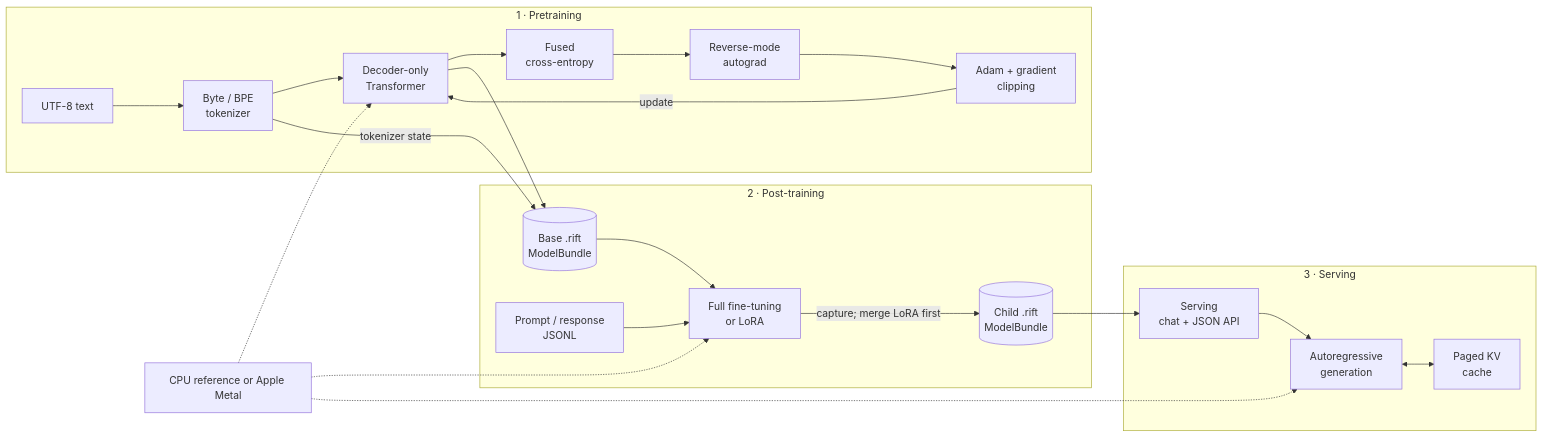
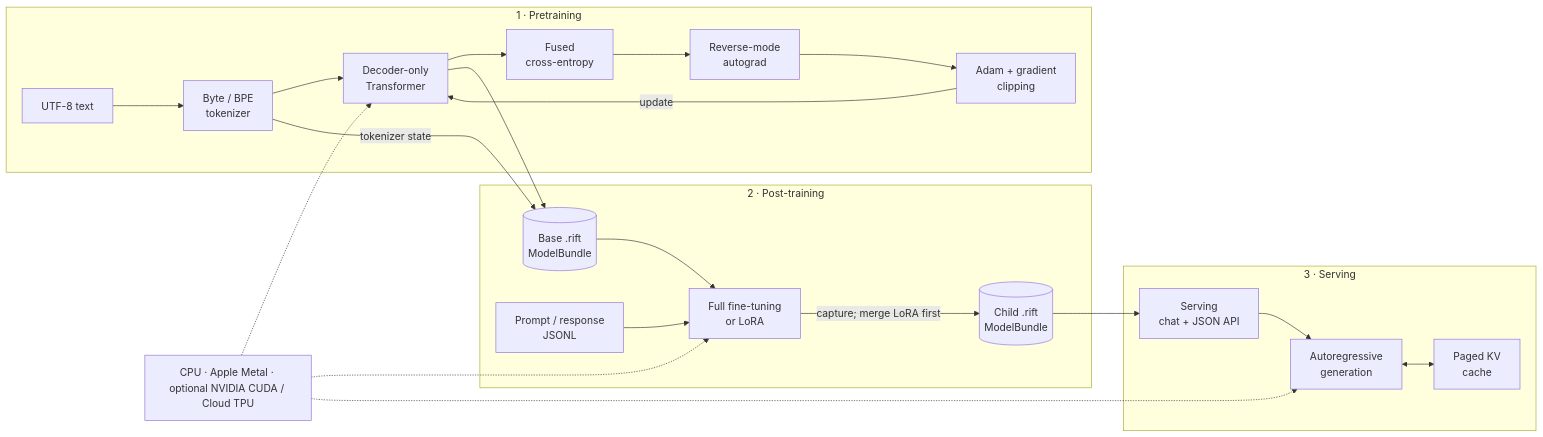
One commit to quangng2000/riftco-transformer changed the first of 2 diagrams in README.md. Above: the diagram before and after it, drawn with Mermaid. The commit also changed other lines of this file and 174 other files, not shown here.

````diff
--- a/README.md
+++ b/README.md
@@ -21,30 +43,30 @@
 ```mermaid
 flowchart LR
     subgraph P["1 · Pretraining"]
         Text["UTF-8 text"] --> Tokens["Byte / BPE<br/>tokenizer"]
         Tokens --> Model["Decoder-only<br/>Transformer"]
         Model --> Loss["Fused<br/>cross-entropy"]
         Loss --> Grad["Reverse-mode<br/>autograd"]
         Grad --> Adam["Adam + gradient<br/>clipping"]
         Adam -->|update| Model
     end
 
     Model --> Base[("Base .rift<br/>ModelBundle")]
     Tokens -->|tokenizer state| Base
 
     subgraph T["2 · Post-training"]
         Base --> Tune["Full fine-tuning<br/>or LoRA"]
         Instructions["Prompt / response<br/>JSONL"] --> Tune
         Tune -->|capture; merge LoRA first| Child[("Child .rift<br/>ModelBundle")]
     end
 
     subgraph S["3 · Serving"]
         Child --> API["Serving<br/>chat + JSON API"]
         API --> Decode["Autoregressive<br/>generation"]
         Decode <--> Cache["Paged KV<br/>cache"]
     end
 
-    Runtime["CPU reference or Apple Metal"] -.-> Model
+    Runtime["CPU · Apple Metal · optional NVIDIA CUDA / Cloud TPU"] -.-> Model
     Runtime -.-> Tune
     Runtime -.-> Decode
 ```
````
